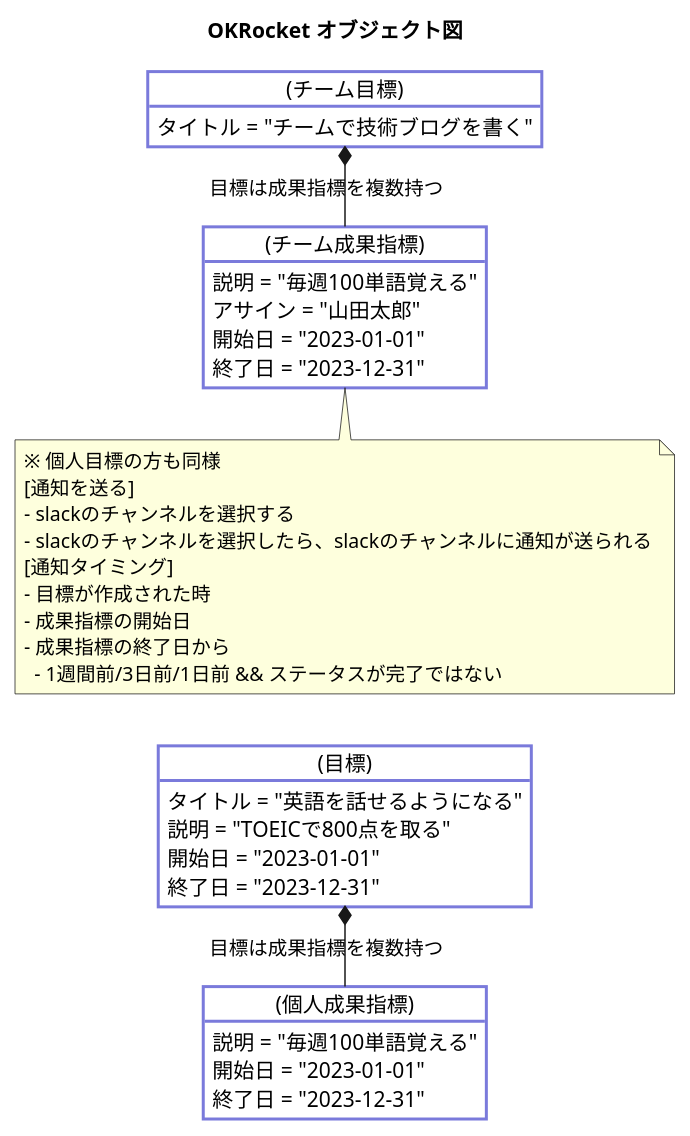
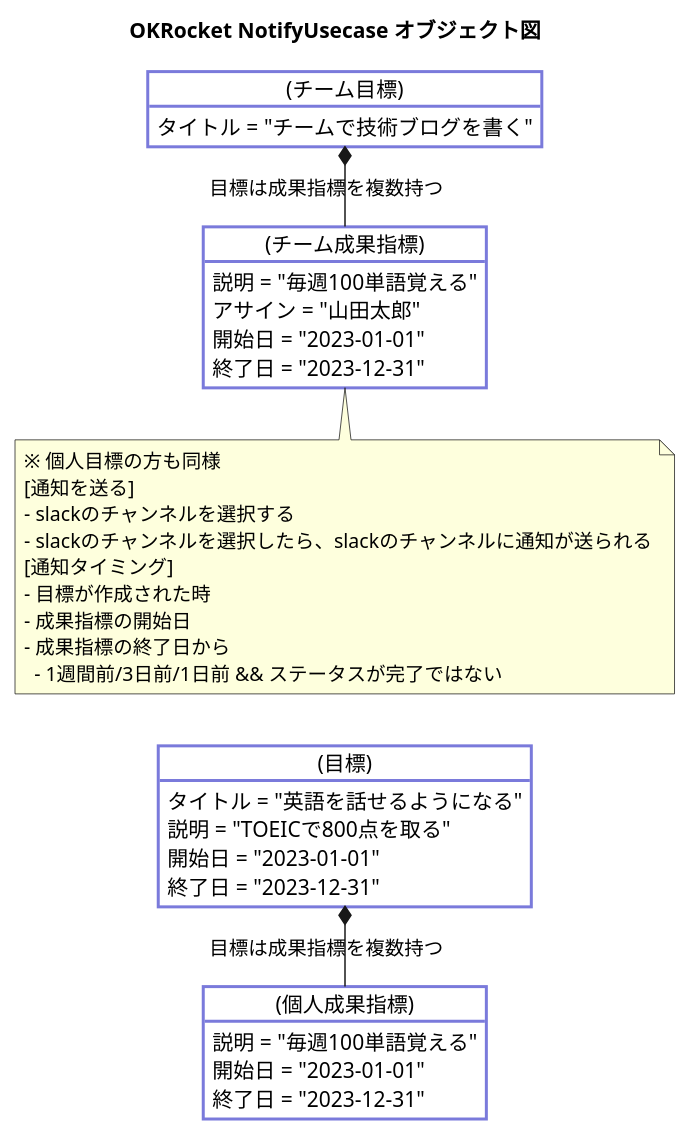
The diagram in docs/3-object/NotifyUsecase.pu (Yuma-Tsukakoshi/OKRocket), drawn with PlantUML before and after one commit. The commit also changed 9 other files, not shown here.

```diff
--- a/docs/3-object/NotifyUsecase.pu
+++ b/docs/3-object/NotifyUsecase.pu
@@ -1,55 +1,55 @@
 @startuml
-title OKRocket オブジェクト図
+title OKRocket NotifyUsecase オブジェクト図
 
 left to right direction
 
 skinparam object {
   BackgroundColor #ffffff
   BorderColor #7a7adb
   FontColor #000000
   BorderThickness 2
 }
 
 
 object "(目標)" as Objective {
   タイトル = "英語を話せるようになる"
   説明 = "TOEICで800点を取る"
   開始日 = "2023-01-01"
   終了日 = "2023-12-31"
 }
 
 object "(個人成果指標)" as KeyResult {
   説明 = "毎週100単語覚える"
   開始日 = "2023-01-01"
   終了日 = "2023-12-31"
 }
 
 object "(チーム成果指標)" as TeamKeyResult {
   説明 = "毎週100単語覚える"
   アサイン = "山田太郎"
   開始日 = "2023-01-01"
   終了日 = "2023-12-31"
 }
 
 object "(チーム目標)" as TeamObjective {
   タイトル = "チームで技術ブログを書く"
 }
 
 
 Objective *- KeyResult : "目標は成果指標を複数持つ"
 TeamObjective *-  TeamKeyResult : "目標は成果指標を複数持つ"
 
 
 note bottom of TeamKeyResult
   ※ 個人目標の方も同様
   [通知を送る]
   - slackのチャンネルを選択する
   - slackのチャンネルを選択したら、slackのチャンネルに通知が送られる
   [通知タイミング]
   - 目標が作成された時
   - 成果指標の開始日
   - 成果指標の終了日から
     - 1週間前/3日前/1日前 && ステータスが完了ではない
 end note
 
 @enduml
```
